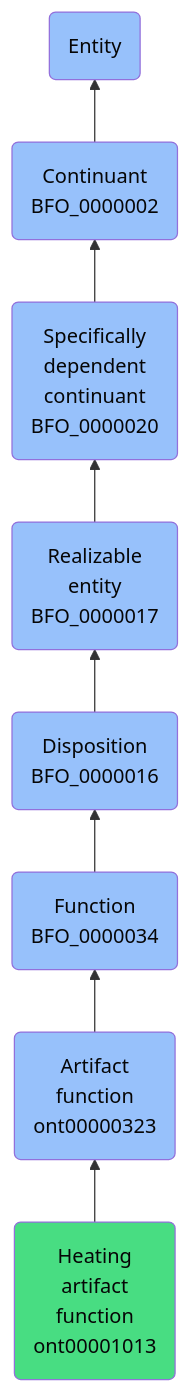
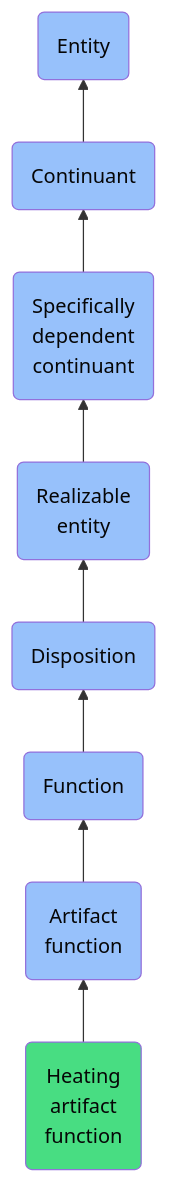
One commit to jupyter-naas/abi changed the diagram in docs/ontology/reference/model/Entity/Continuant/Specifically dependent continuant/Realizable entity/Disposition/Function/Artifact function/Heating artifact function/Heating artifact function.md. Above: the diagram before and after it, drawn with Mermaid. The commit also changed other lines of this file and 1430 other files, not shown here.

````diff
--- a/docs/ontology/reference/model/Entity/Continuant/Specifically dependent continuant/Realizable entity/Disposition/Function/Artifact function/Heating artifact function/Heating artifact function.md
+++ b/docs/ontology/reference/model/Entity/Continuant/Specifically dependent continuant/Realizable entity/Disposition/Function/Artifact function/Heating artifact function/Heating artifact function.md
@@ -24,15 +24,15 @@
 ```mermaid
 graph BT
-    ont00001013(Heating<br>artifact<br>function<br>ont00001013):::ABI-->ont00000323
-    ont00000323(Artifact<br>function<br>ont00000323):::BFO-->BFO_0000034
-    BFO_0000034(Function<br>BFO_0000034):::BFO-->BFO_0000016
-    BFO_0000016(Disposition<br>BFO_0000016):::BFO-->BFO_0000017
-    BFO_0000017(Realizable<br>entity<br>BFO_0000017):::BFO-->BFO_0000020
-    BFO_0000020(Specifically<br>dependent<br>continuant<br>BFO_0000020):::BFO-->BFO_0000002
-    BFO_0000002(Continuant<br>BFO_0000002):::BFO-->BFO_0000001
+    ont00001013(Heating<br>artifact<br>function):::ABI-->ont00000323
+    ont00000323(Artifact<br>function):::BFO-->BFO_0000034
+    BFO_0000034(Function):::BFO-->BFO_0000016
+    BFO_0000016(Disposition):::BFO-->BFO_0000017
+    BFO_0000017(Realizable<br>entity):::BFO-->BFO_0000020
+    BFO_0000020(Specifically<br>dependent<br>continuant):::BFO-->BFO_0000002
+    BFO_0000002(Continuant):::BFO-->BFO_0000001
     BFO_0000001(Entity):::BFO
     
     classDef BFO fill:#97c1fb,color:#060606
     classDef CCO fill:#e4c51e,color:#060606
     classDef ABI fill:#48DD82,color:#060606
 ```
````
